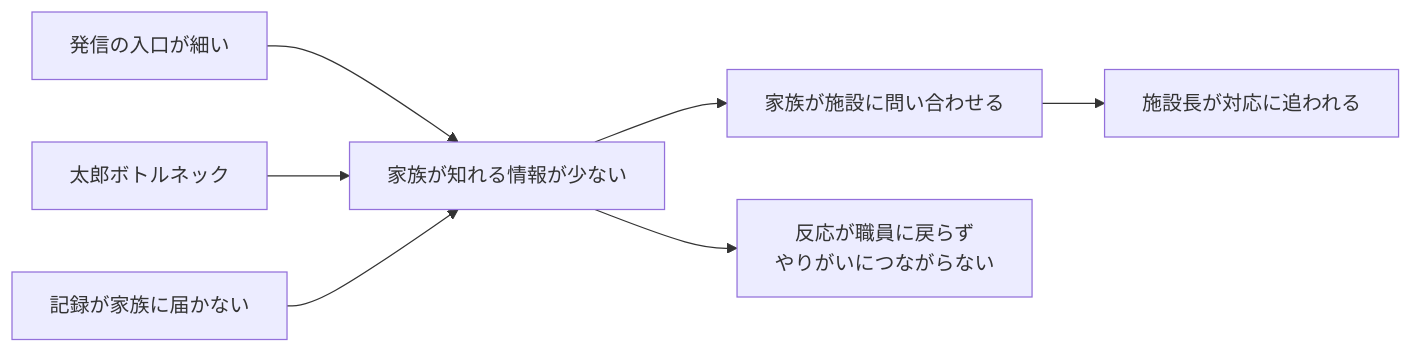
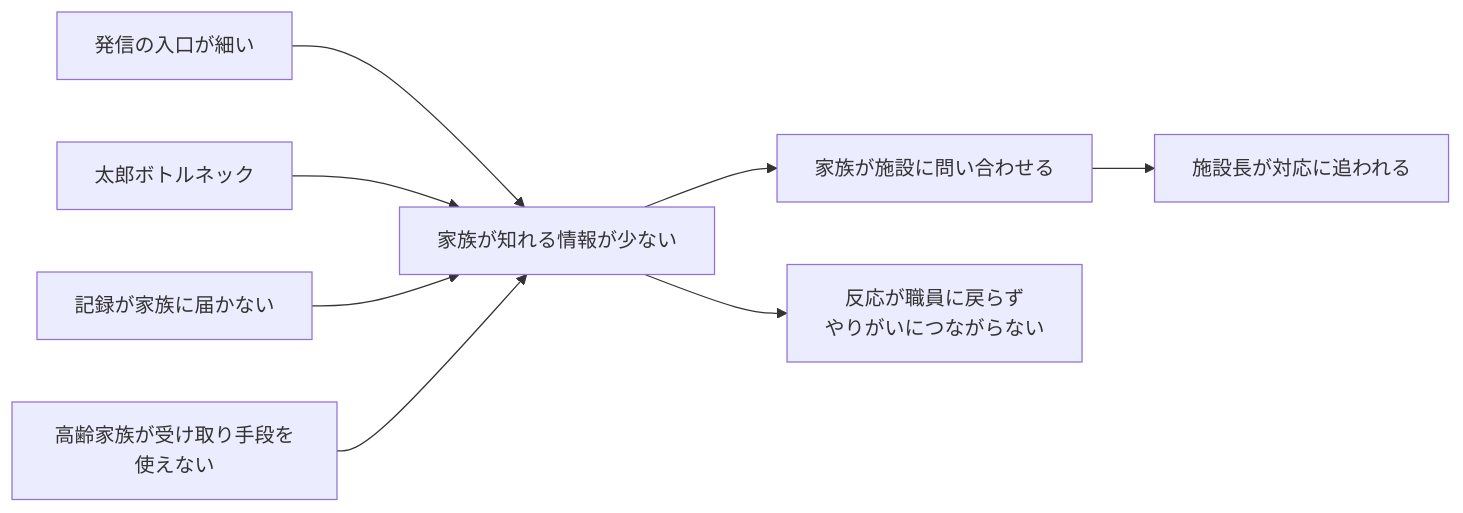
One commit to nakashita-abc/tsunagu changed the fourth of 4 diagrams in docs/02_as-is.md. Above: the diagram before and after it, drawn with Mermaid. The commit also changed other lines of this file and 7 other files, not shown here.

````diff
--- a/docs/02_as-is.md
+++ b/docs/02_as-is.md
@@ -143,9 +132,10 @@
 ```mermaid
 flowchart LR
     K1[発信の入口が細い] --> LOW[家族が知れる情報が少ない]
     K2[太郎ボトルネック] --> LOW
     K4[記録が家族に届かない] --> LOW
+    K6[高齢家族が受け取り手段を使えない] --> LOW
     LOW --> ASK[家族が施設に問い合わせる]
     ASK --> K5[施設長が対応に追われる]
     LOW --> K3[反応が職員に戻らず<br/>やりがいにつながらない]
 ```
````
